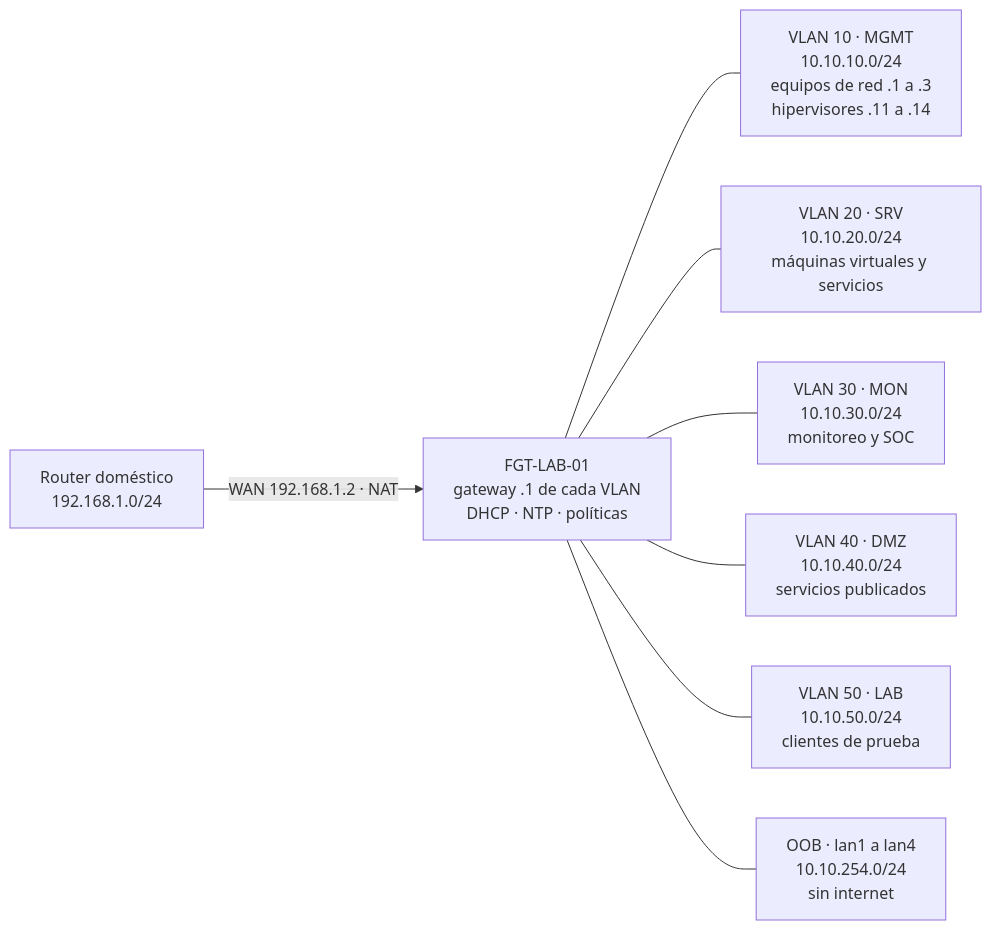
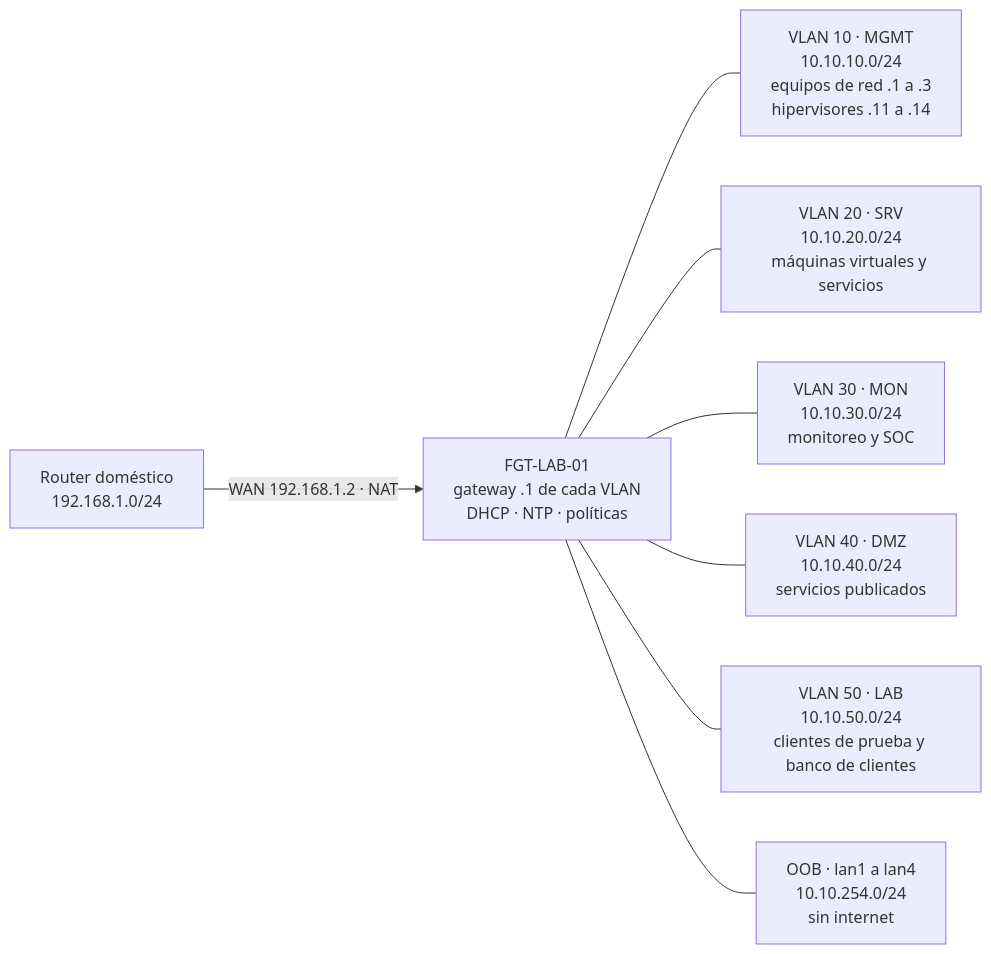
The second of 3 diagrams in docs/architecture.md (Alce1551/EICL-HOMELAB), drawn with Mermaid before and after one commit. The commit also changed other lines of this file and 6 other files, not shown here.

Commit message:
docs: agrega banco de clientes y roles de los nodos

````diff
--- a/docs/architecture.md
+++ b/docs/architecture.md
@@ -35,10 +35,10 @@
 ```mermaid
 flowchart LR
     ARC[Router doméstico<br/>192.168.1.0/24] -->|WAN 192.168.1.2 · NAT| FGT[FGT-LAB-01<br/>gateway .1 de cada VLAN<br/>DHCP · NTP · políticas]
     FGT --- V10[VLAN 10 · MGMT<br/>10.10.10.0/24<br/>equipos de red .1 a .3<br/>hipervisores .11 a .14]
     FGT --- V20[VLAN 20 · SRV<br/>10.10.20.0/24<br/>máquinas virtuales y servicios]
     FGT --- V30[VLAN 30 · MON<br/>10.10.30.0/24<br/>monitoreo y SOC]
     FGT --- V40[VLAN 40 · DMZ<br/>10.10.40.0/24<br/>servicios publicados]
-    FGT --- V50[VLAN 50 · LAB<br/>10.10.50.0/24<br/>clientes de prueba]
+    FGT --- V50[VLAN 50 · LAB<br/>10.10.50.0/24<br/>clientes de prueba y banco de clientes]
     FGT --- OOB[OOB · lan1 a lan4<br/>10.10.254.0/24<br/>sin internet]
 ```
````
